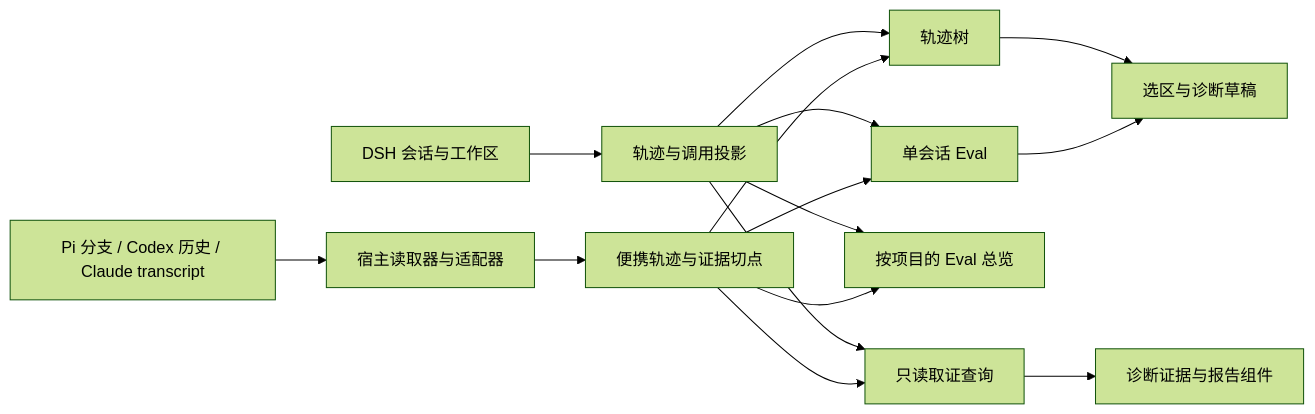
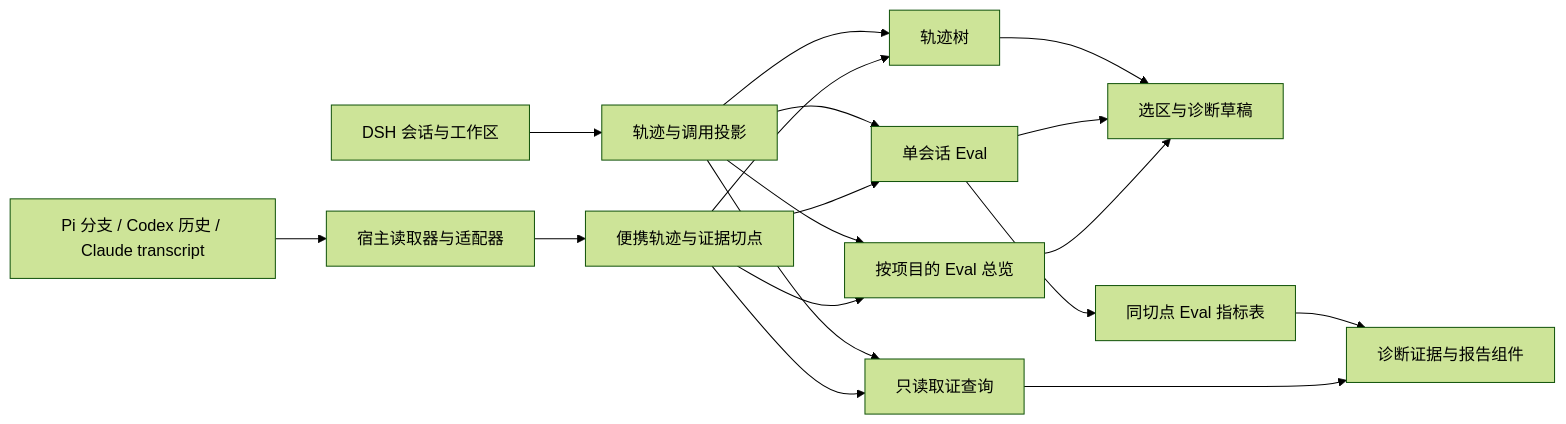
The diagram in docs/code-map.md (goatliamia/trajectory-tree), drawn with Mermaid (forest theme) before and after one commit. The commit also changed other lines of this file and 138 other files, not shown here.

````diff
--- a/docs/code-map.md
+++ b/docs/code-map.md
@@ -5,17 +5,20 @@
 ```mermaid
 flowchart LR
   DSH[DSH 会话与工作区] --> Trace[轨迹与调用投影]
   Hosts[Pi 分支 / Codex 历史 / Claude transcript] --> Adapters[宿主读取器与适配器]
   Adapters --> Cut[便携轨迹与证据切点]
   Trace --> Tree[轨迹树]
   Cut --> Tree
   Trace --> Eval[单会话 Eval]
   Cut --> Eval
   Trace --> Overview[按项目的 Eval 总览]
   Cut --> Overview
   Trace --> Query[只读取证查询]
   Cut --> Query
   Tree --> Draft[选区与诊断草稿]
   Eval --> Draft
+  Overview --> Draft
+  Eval --> Tables[同切点 Eval 指标表]
+  Tables --> Report
   Query --> Report[诊断证据与报告组件]
 ```
````
